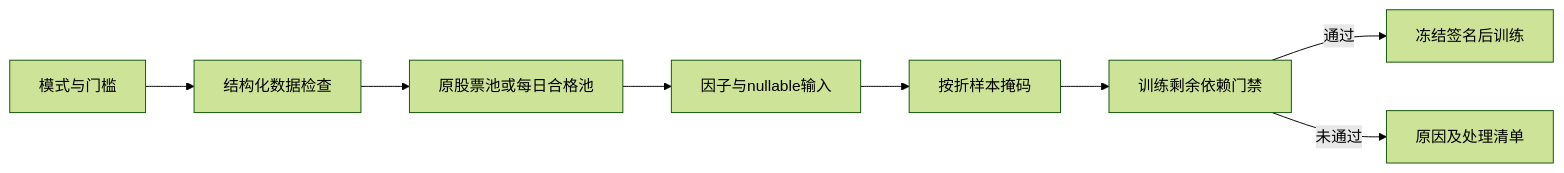
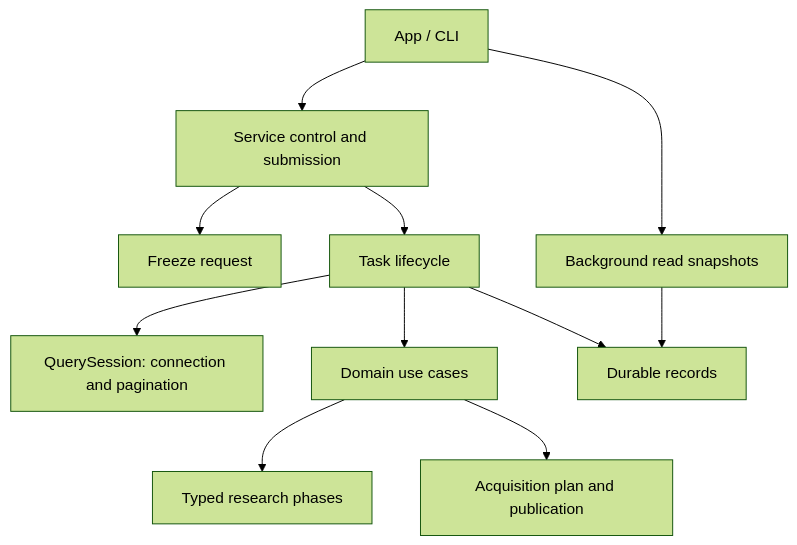
The diagram in crates/workflow/src/README.md (Dennishaha/JFQuant), drawn with Mermaid (forest theme) before and after one commit. The commit also changed other lines of this file and 84 other files, not shown here.

Commit message:
refactor: split workflow orchestration and enforce architecture boundaries

````diff
--- a/crates/workflow/src/README.md
+++ b/crates/workflow/src/README.md
@@ -134,10 +19,13 @@
 ```mermaid
-flowchart LR
-  P[模式与门槛] --> C[结构化数据检查]
-  C --> U[原股票池或每日合格池]
-  U --> F[因子与nullable输入]
-  F --> M[按折样本掩码]
-  M --> G[训练剩余依赖门禁]
-  G -->|通过| T[冻结签名后训练]
-  G -->|未通过| E[原因及处理清单]
+flowchart TD
+ Client[App / CLI] --> Service[Service control and submission]
+ Service --> Snapshot[Freeze request]
+ Service --> Worker[Task lifecycle]
+ Worker --> Query[QuerySession: connection and pagination]
+ Worker --> Usecases[Domain use cases]
+ Usecases --> Research[Typed research phases]
+ Usecases --> Refresh[Acquisition plan and publication]
+ Worker --> Store[Durable records]
+ Client --> Views[Background read snapshots]
+ Views --> Store
 ```
````
